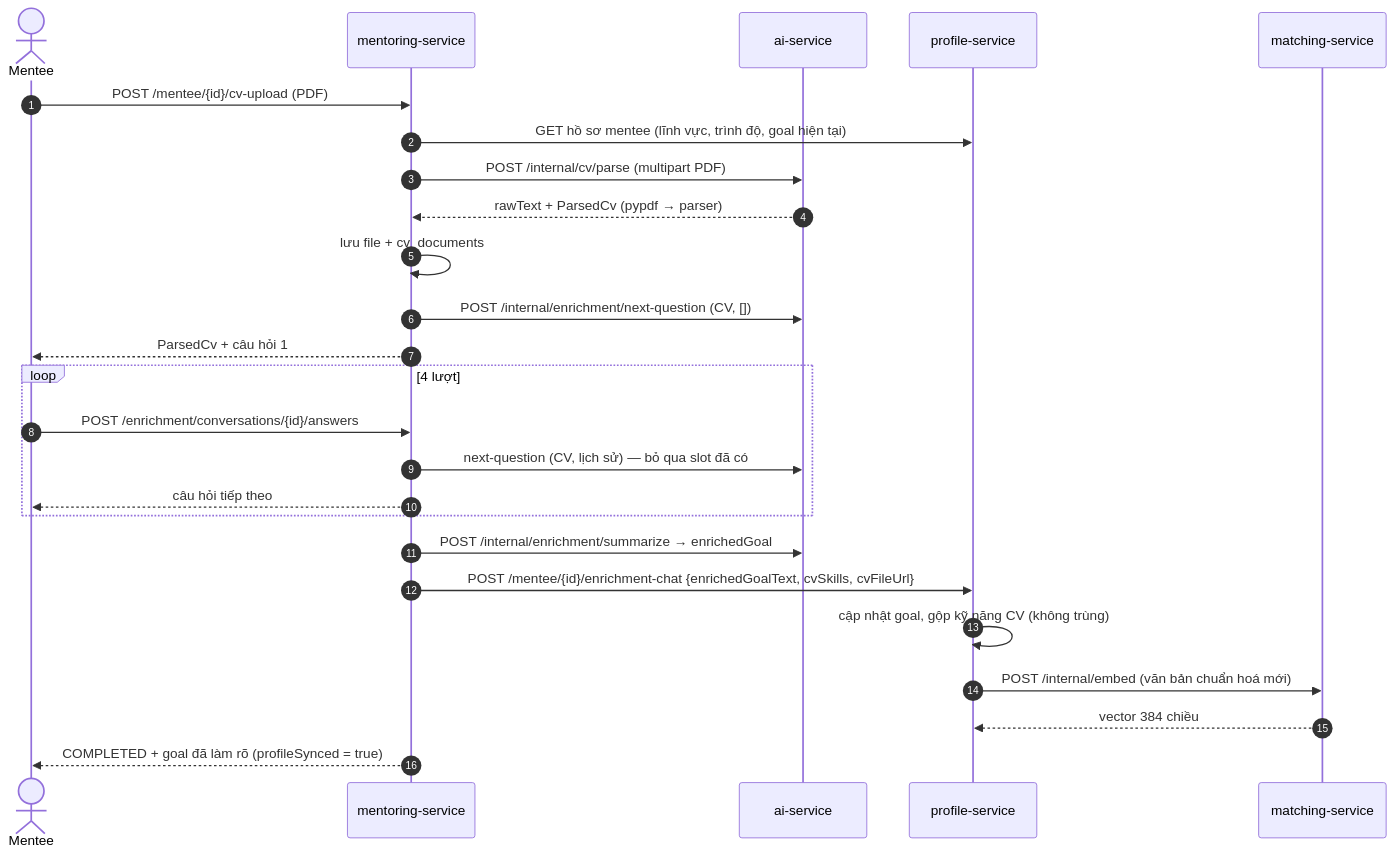
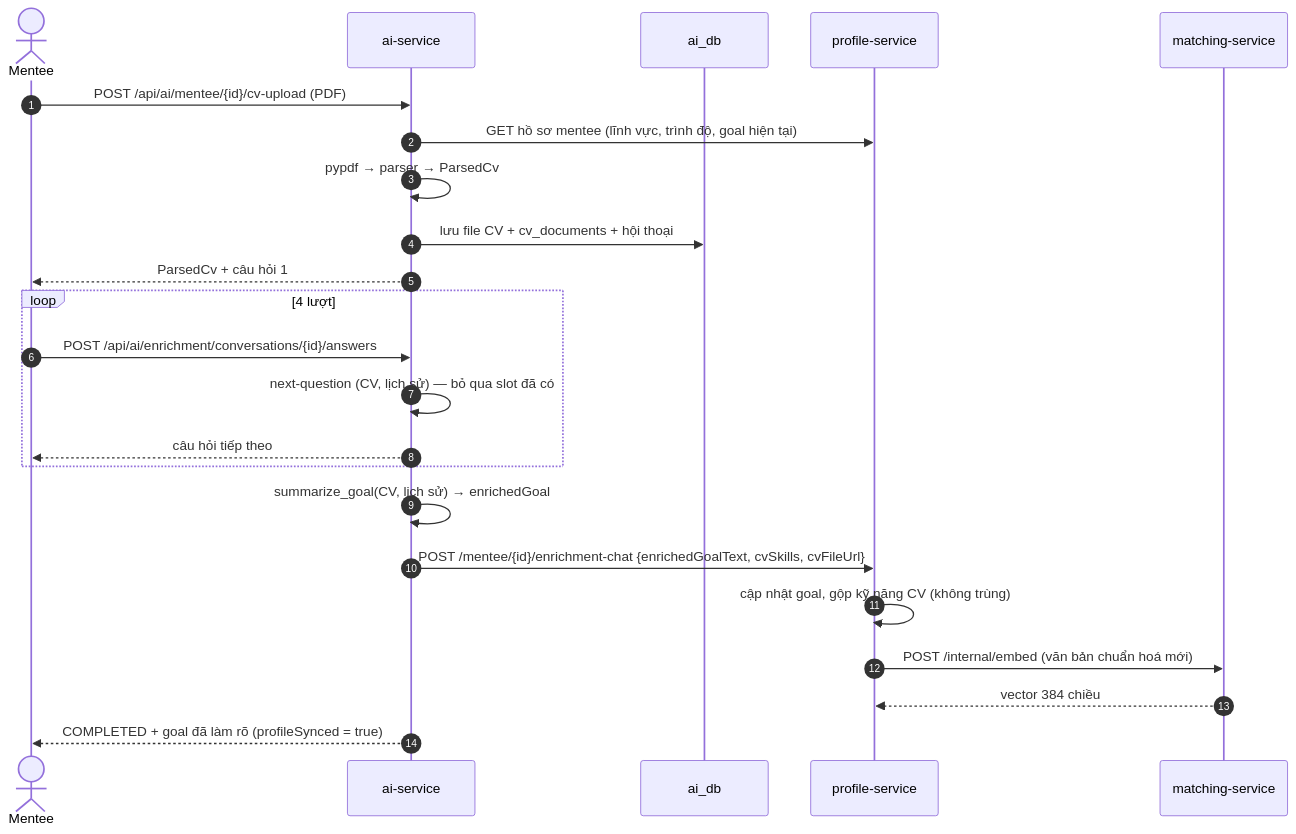
Before and after one commit to quangpham10212004/do_an_2026: the fifth of 5 diagrams in docs/ai-features.md, drawn with Mermaid. The commit also changed other lines of this file and 84 other files, not shown here.

````diff
--- a/docs/ai-features.md
+++ b/docs/ai-features.md
@@ -373,27 +383,25 @@
 ```mermaid
 sequenceDiagram
     autonumber
     actor M as Mentee
-    participant MS as mentoring-service
     participant AI as ai-service
+    participant DB as ai_db
     participant P as profile-service
     participant X as matching-service
-    M->>MS: POST /mentee/{id}/cv-upload (PDF)
-    MS->>P: GET hồ sơ mentee (lĩnh vực, trình độ, goal hiện tại)
-    MS->>AI: POST /internal/cv/parse (multipart PDF)
-    AI-->>MS: rawText + ParsedCv (pypdf → parser)
-    MS->>MS: lưu file + cv_documents
-    MS->>AI: POST /internal/enrichment/next-question (CV, [])
-    MS-->>M: ParsedCv + câu hỏi 1
+    M->>AI: POST /api/ai/mentee/{id}/cv-upload (PDF)
+    AI->>P: GET hồ sơ mentee (lĩnh vực, trình độ, goal hiện tại)
+    AI->>AI: pypdf → parser → ParsedCv
+    AI->>DB: lưu file CV + cv_documents + hội thoại
+    AI-->>M: ParsedCv + câu hỏi 1
     loop 4 lượt
-        M->>MS: POST /enrichment/conversations/{id}/answers
-        MS->>AI: next-question (CV, lịch sử) — bỏ qua slot đã có
-        MS-->>M: câu hỏi tiếp theo
+        M->>AI: POST /api/ai/enrichment/conversations/{id}/answers
+        AI->>AI: next-question (CV, lịch sử) — bỏ qua slot đã có
+        AI-->>M: câu hỏi tiếp theo
     end
-    MS->>AI: POST /internal/enrichment/summarize → enrichedGoal
-    MS->>P: POST /mentee/{id}/enrichment-chat {enrichedGoalText, cvSkills, cvFileUrl}
+    AI->>AI: summarize_goal(CV, lịch sử) → enrichedGoal
+    AI->>P: POST /mentee/{id}/enrichment-chat {enrichedGoalText, cvSkills, cvFileUrl}
     P->>P: cập nhật goal, gộp kỹ năng CV (không trùng)
     P->>X: POST /internal/embed (văn bản chuẩn hoá mới)
     X-->>P: vector 384 chiều
-    MS-->>M: COMPLETED + goal đã làm rõ (profileSynced = true)
+    AI-->>M: COMPLETED + goal đã làm rõ (profileSynced = true)
 ```
````
